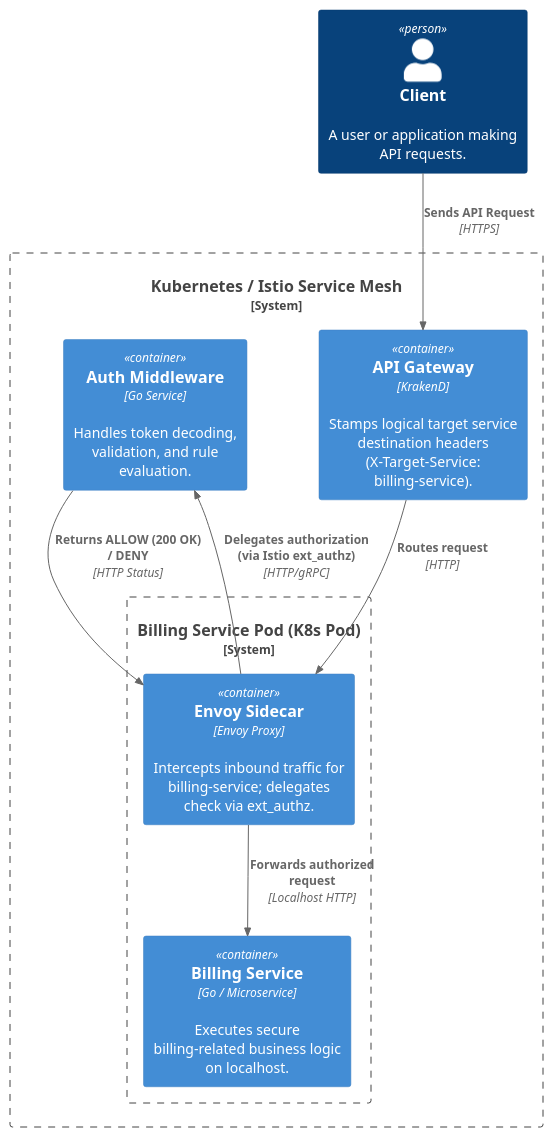
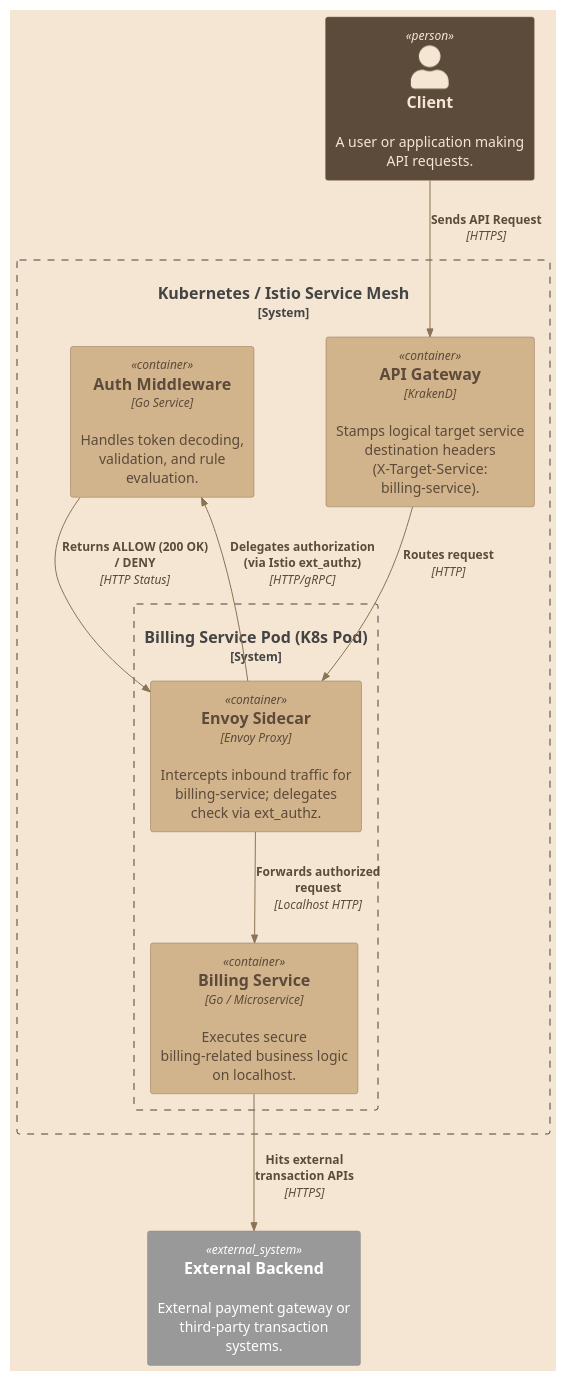
The diagram in public/blog/2026-08-08-auth-ext-middleware/c2-container.puml (kiquetal/kiquetal.github.io), drawn with PlantUML before and after one commit. The commit also changed 3 other files, not shown here.

Commit message:
feat: update C4 diagrams to include external backend interactions and enhance styling

```diff
--- a/public/blog/2026-08-08-auth-ext-middleware/c2-container.puml
+++ b/public/blog/2026-08-08-auth-ext-middleware/c2-container.puml
@@ -1,23 +1,33 @@
 @startuml
-!includeurl https://raw.githubusercontent.com/RicardoNiepel/C4-PlantUML/release/1-0/C4_Container.puml
+!include <C4/C4_Container>
+
+skinparam backgroundcolor #F5E6D3
+skinparam DefaultFontName "Courier New"
+
+UpdateElementStyle("person", $bgColor="#5C4A3A", $fontColor="#F5E6D3", $borderColor="#8B7355")
+UpdateElementStyle("container", $bgColor="#D2B48C", $fontColor="#5C4A3A", $borderColor="#8B7355")
+UpdateRelStyle($lineColor="#8B7355", $textColor="#5C4A3A")
 
 Person(client, "Client", "A user or application making API requests.")
 
 System_Boundary(mesh, "Kubernetes / Istio Service Mesh") {
     Container(gateway, "API Gateway", "KrakenD", "Stamps logical target service destination headers (X-Target-Service: billing-service).")
     
     System_Boundary(pod, "Billing Service Pod (K8s Pod)") {
         Container(sidecar, "Envoy Sidecar", "Envoy Proxy", "Intercepts inbound traffic for billing-service; delegates check via ext_authz.")
         Container(backend, "Billing Service", "Go / Microservice", "Executes secure billing-related business logic on localhost.")
     }
     
     Container(middleware, "Auth Middleware", "Go Service", "Handles token decoding, validation, and rule evaluation.")
 }
 
+System_Ext(ext_backend, "External Backend", "External payment gateway or third-party transaction systems.")
+
 Rel(client, gateway, "Sends API Request", "HTTPS")
 Rel(gateway, sidecar, "Routes request", "HTTP")
 Rel(sidecar, middleware, "Delegates authorization (via Istio ext_authz)", "HTTP/gRPC")
 Rel(middleware, sidecar, "Returns ALLOW (200 OK) / DENY", "HTTP Status")
 Rel(sidecar, backend, "Forwards authorized request", "Localhost HTTP")
+Rel(backend, ext_backend, "Hits external transaction APIs", "HTTPS")
 
 @enduml
```
